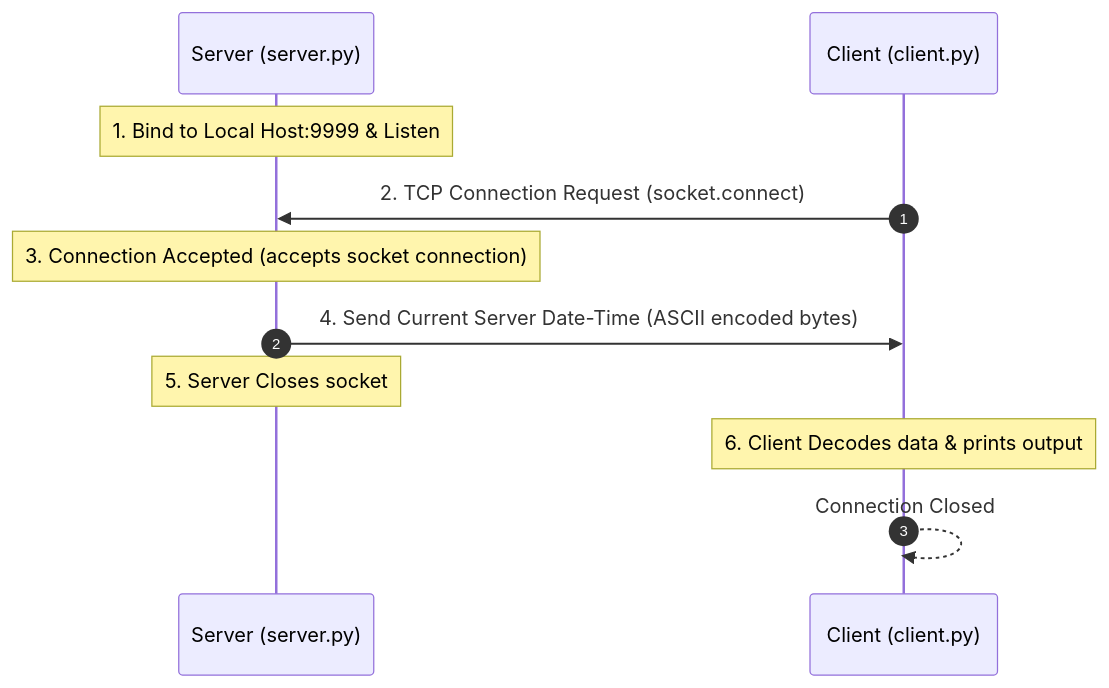
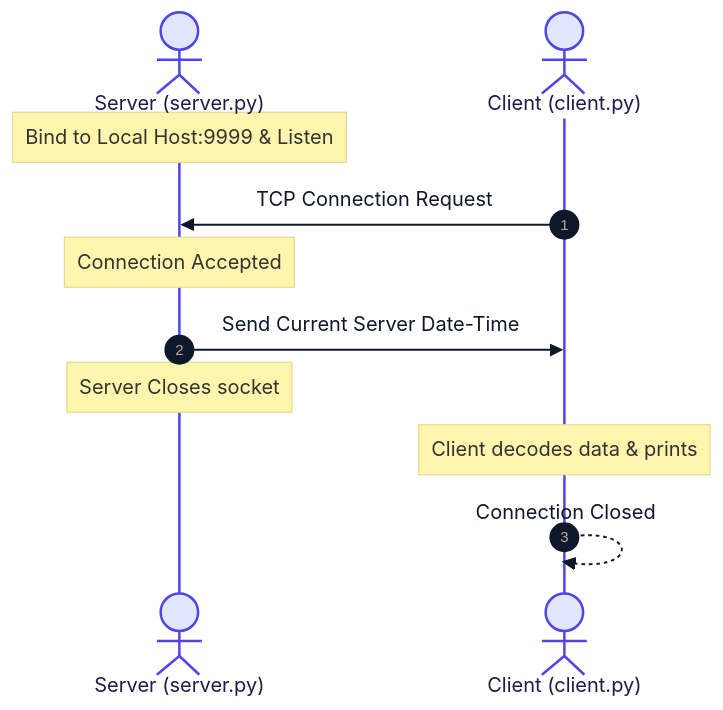
The fourth of 8 diagrams in SyedMuhammadHuzaifaAshrafi-(23FA-035-SE)/Chapter06/README.md (RameenAnwar/PDC-SP26-SE), drawn with Mermaid before and after one commit. The commit also changed other lines of this file and 5 other files, not shown here.

````diff
--- a/SyedMuhammadHuzaifaAshrafi-(23FA-035-SE)/Chapter06/README.md
+++ b/SyedMuhammadHuzaifaAshrafi-(23FA-035-SE)/Chapter06/README.md
@@ -145,14 +149,15 @@
 ```mermaid
+%%{init: {'theme': 'base', 'themeVariables': { 'lineColor': '#475569', 'primaryColor': '#f8fafc', 'primaryTextColor': '#0f172a', 'primaryBorderColor': '#cbd5e1', 'actorBorder': '#4f46e5', 'actorBkg': '#e0e7ff', 'actorTextColor': '#1e1b4b' }}}%%
 sequenceDiagram
     autonumber
-    participant Server as Server (server.py)
-    participant Client as Client (client.py)
+    actor Server as Server (server.py)
+    actor Client as Client (client.py)
     
-    Note over Server: 1. Bind to Local Host:9999 & Listen
-    Client->>Server: 2. TCP Connection Request (socket.connect)
-    Note over Server: 3. Connection Accepted (accepts socket connection)
-    Server->>Client: 4. Send Current Server Date-Time (ASCII encoded bytes)
-    Note over Server: 5. Server Closes socket
-    Note over Client: 6. Client Decodes data & prints output
+    Note over Server: Bind to Local Host:9999 & Listen
+    Client->>Server: TCP Connection Request
+    Note over Server: Connection Accepted
+    Server->>Client: Send Current Server Date-Time
+    Note over Server: Server Closes socket
+    Note over Client: Client decodes data & prints
     Client-->>Client: Connection Closed
 ```
````
